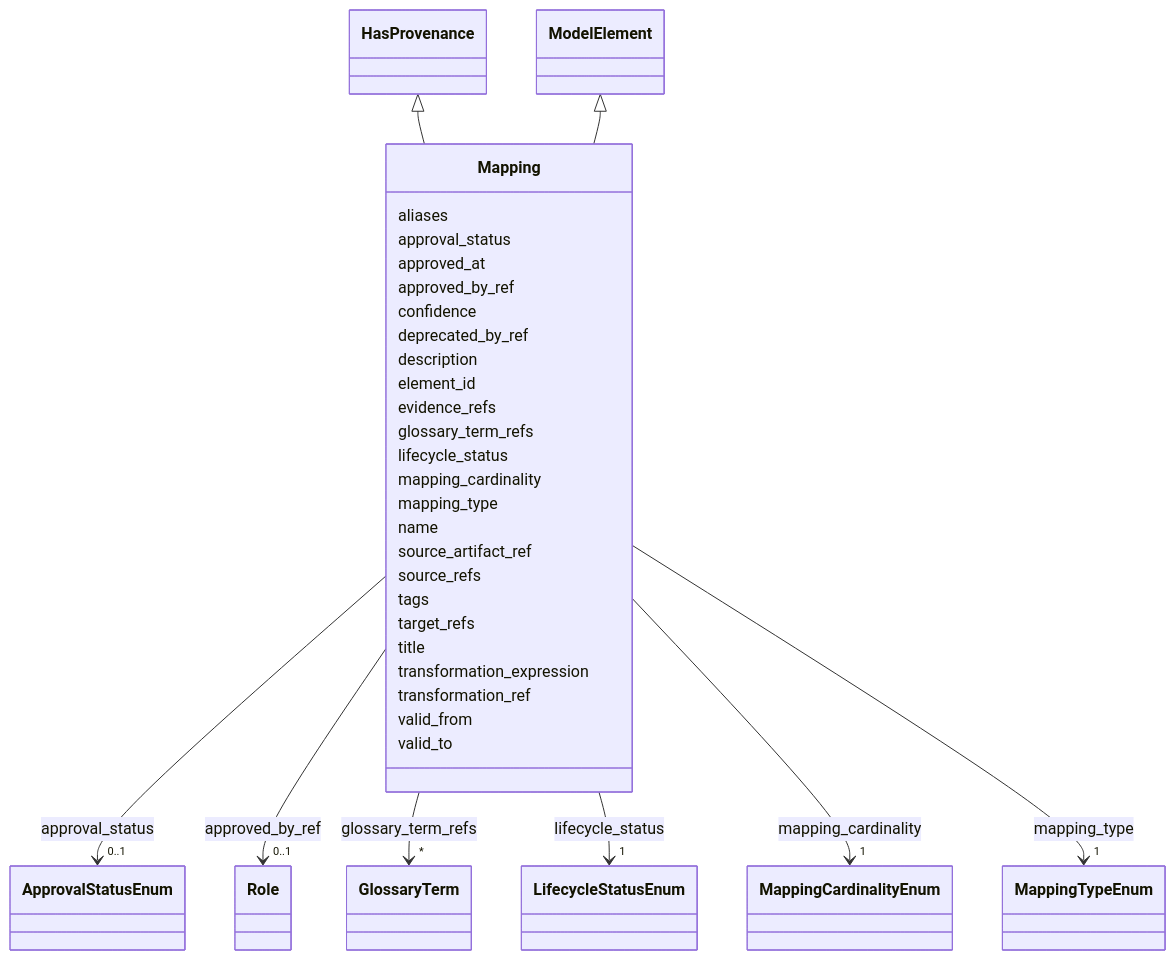
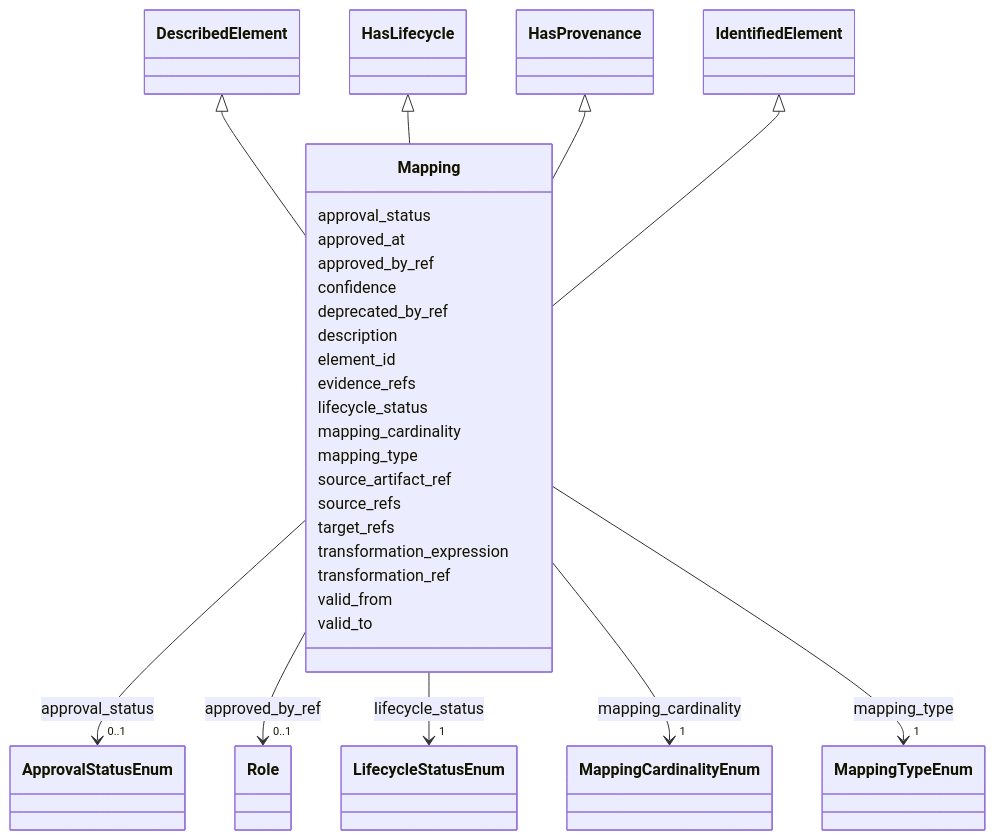
The diagram in generated/artifacts/moex-dams/0.1/diagrams/Mapping.md (oista/moex-data-model), drawn with Mermaid before and after one commit. The commit also changed 84 other files, not shown here.

First line of the commit message:
Feat/model element pr6 mapping 3.0.0 (#13)

```diff
--- a/generated/artifacts/moex-dams/0.1/diagrams/Mapping.md
+++ b/generated/artifacts/moex-dams/0.1/diagrams/Mapping.md
@@ -5,13 +5,15 @@
  classDiagram
     class Mapping
     click Mapping href "../Mapping"
+      DescribedElement <|-- Mapping
+        click DescribedElement href "../DescribedElement"
+      HasLifecycle <|-- Mapping
+        click HasLifecycle href "../HasLifecycle"
       HasProvenance <|-- Mapping
         click HasProvenance href "../HasProvenance"
-      ModelElement <|-- Mapping
-        click ModelElement href "../ModelElement"
+      IdentifiedElement <|-- Mapping
+        click IdentifiedElement href "../IdentifiedElement"
       
-      Mapping : aliases
-        
       Mapping : approval_status
         
           
@@ -46,17 +48,6 @@
         
       Mapping : evidence_refs
         
-      Mapping : glossary_term_refs
-        
-          
-    
-        
-        
-        Mapping --> "*" GlossaryTerm : glossary_term_refs
-        click GlossaryTerm href "../GlossaryTerm"
-    
-
-        
       Mapping : lifecycle_status
         
           
@@ -90,17 +81,11 @@
     
 
         
-      Mapping : name
-        
       Mapping : source_artifact_ref
         
       Mapping : source_refs
         
-      Mapping : tags
-        
       Mapping : target_refs
-        
-      Mapping : title
         
       Mapping : transformation_expression
         
```
